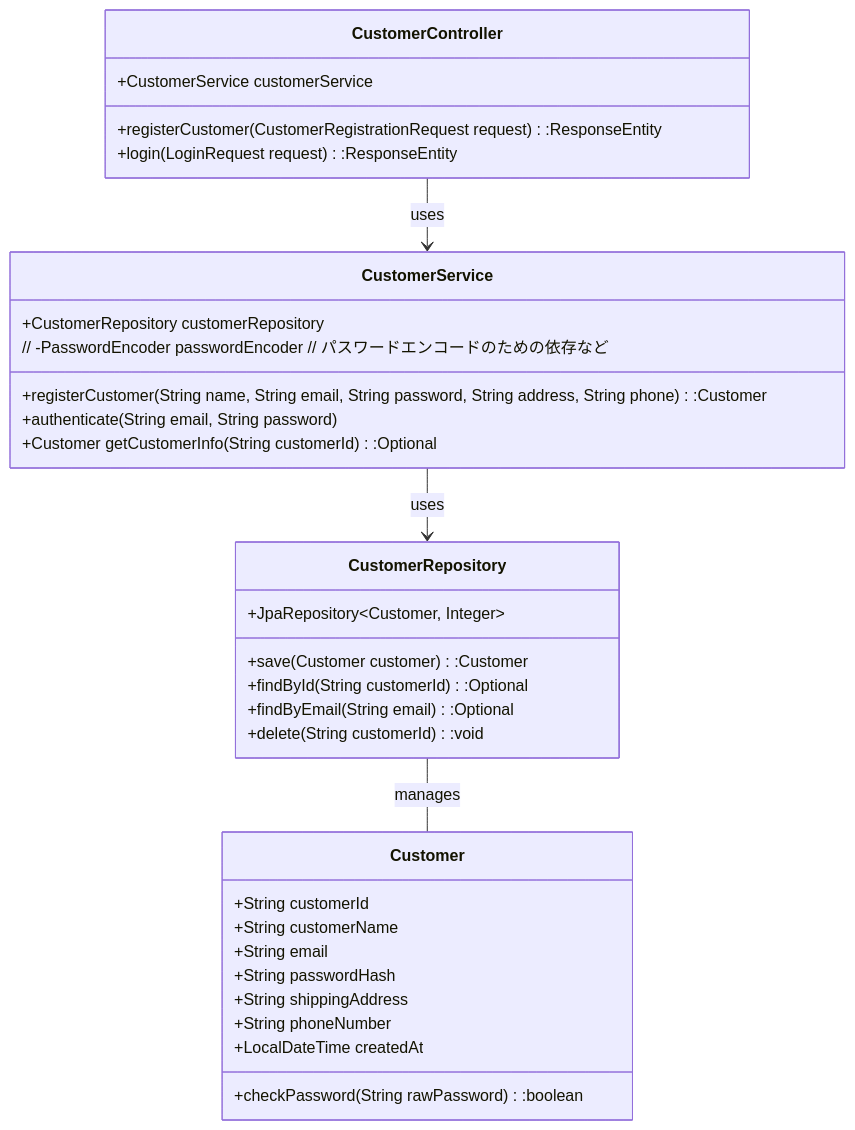
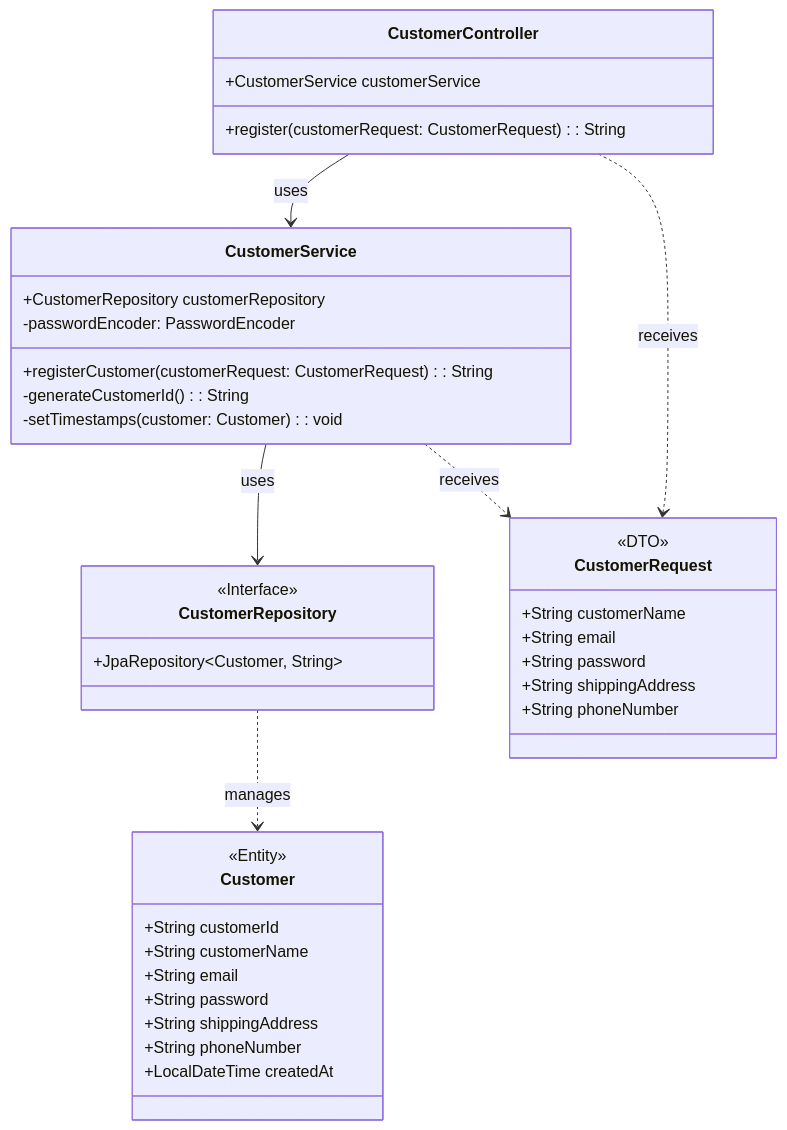
Before and after one commit to ainaga09/ACE: the fourth of 4 diagrams in 基本設計/はじめに.md, drawn with Mermaid. The commit also changed other lines of this file and 1 other file, not shown here.

Commit message:
しーけんすかんせい

```diff
--- a/基本設計/はじめに.md
+++ b/基本設計/はじめに.md
@@ -305,38 +311,54 @@
 <div class="mermaid">
 classDiagram
-    CustomerController --> CustomerService : uses
-    CustomerService --> CustomerRepository : uses
-    CustomerRepository -- Customer : manages
  
-    class CustomerController {
-        +CustomerService customerService
-        +registerCustomer(CustomerRegistrationRequest request):ResponseEntity<CustomerRegistrationResponse>
-        +login(LoginRequest request):ResponseEntity<LoginResponse>
-    }
-    class CustomerService {
-        +CustomerRepository customerRepository
-        // -PasswordEncoder passwordEncoder // パスワードエンコードのための依存など
-        +registerCustomer(String name, String email, String password, String address, String phone):Customer
-        +authenticate(String email, String password)
-        +Customer getCustomerInfo(String customerId):Optional<Customer>
-         
-    }
-    class CustomerRepository {
-        +JpaRepository~Customer, Integer~
-        +save(Customer customer):Customer
-        +findById(String customerId):Optional<Customer>
-        +findByEmail(String email):Optional<Customer>
-        +delete(String customerId):void
-    }
-    class Customer {
-        +String customerId
-        +String customerName
-        +String email
-        +String passwordHash
-        +String shippingAddress
-        +String phoneNumber
-        +LocalDateTime createdAt
-        +checkPassword(String rawPassword):boolean
-       
-    }
+%% === Controller層 ===
+class CustomerController {
+    +CustomerService customerService
+    +register(customerRequest: CustomerRequest): String
+}
+ 
+%% === Service層 ===
+class CustomerService {
+    +CustomerRepository customerRepository
+    +registerCustomer(customerRequest: CustomerRequest): String
+    -passwordEncoder: PasswordEncoder
+    -generateCustomerId(): String
+    -setTimestamps(customer: Customer): void
+}
+ 
+%% === Repository層 ===
+class CustomerRepository {
+    <<Interface>>
+    +JpaRepository~Customer, String~
+}
+ 
+%% === Entity層 ===
+class Customer {
+    <<Entity>>
+    +String customerId
+    +String customerName
+    +String email
+    +String password
+    +String shippingAddress
+    +String phoneNumber
+    +LocalDateTime createdAt
+}
+ 
+%% === DTO層 ===
+class CustomerRequest {
+    <<DTO>>
+    +String customerName
+    +String email
+    +String password
+    +String shippingAddress
+    +String phoneNumber
+}
+ 
+%% === 関係 ===
+CustomerController --> CustomerService : uses
+CustomerService --> CustomerRepository : uses
+CustomerService ..> CustomerRequest : receives
+CustomerRepository ..> Customer : manages
+CustomerController ..> CustomerRequest : receives
+ 
 </div>
```
